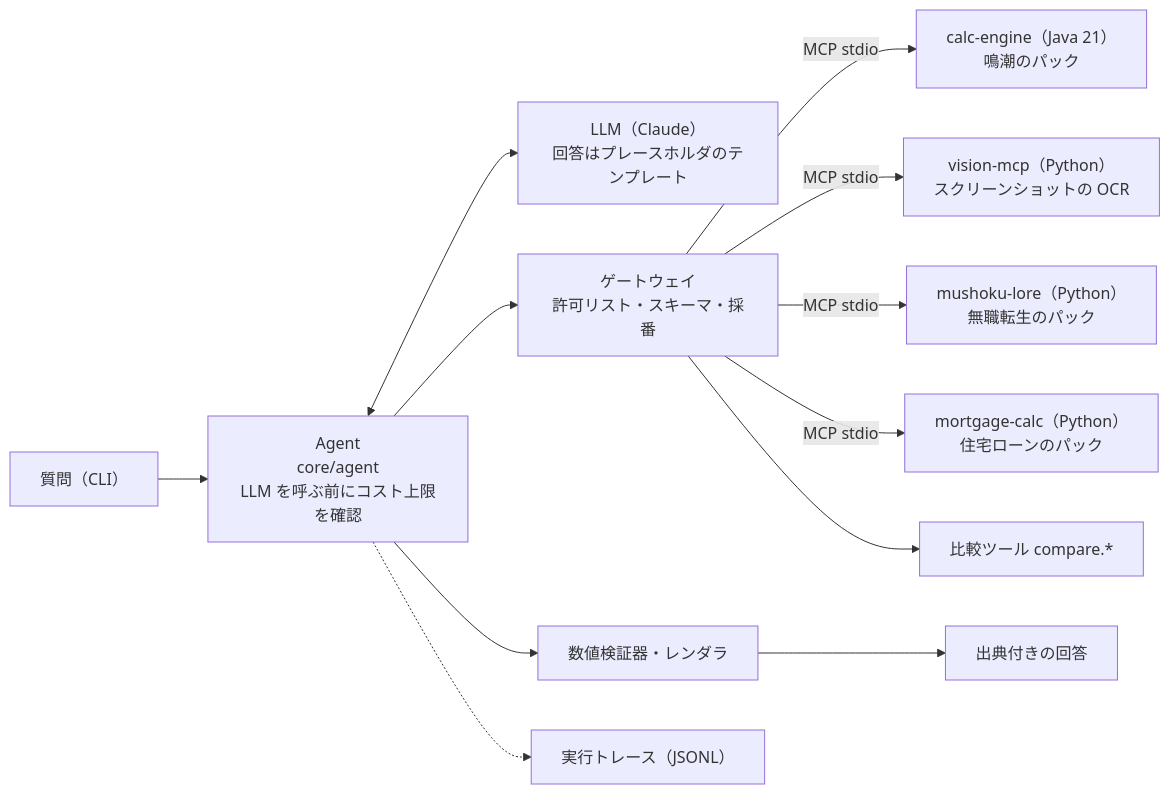
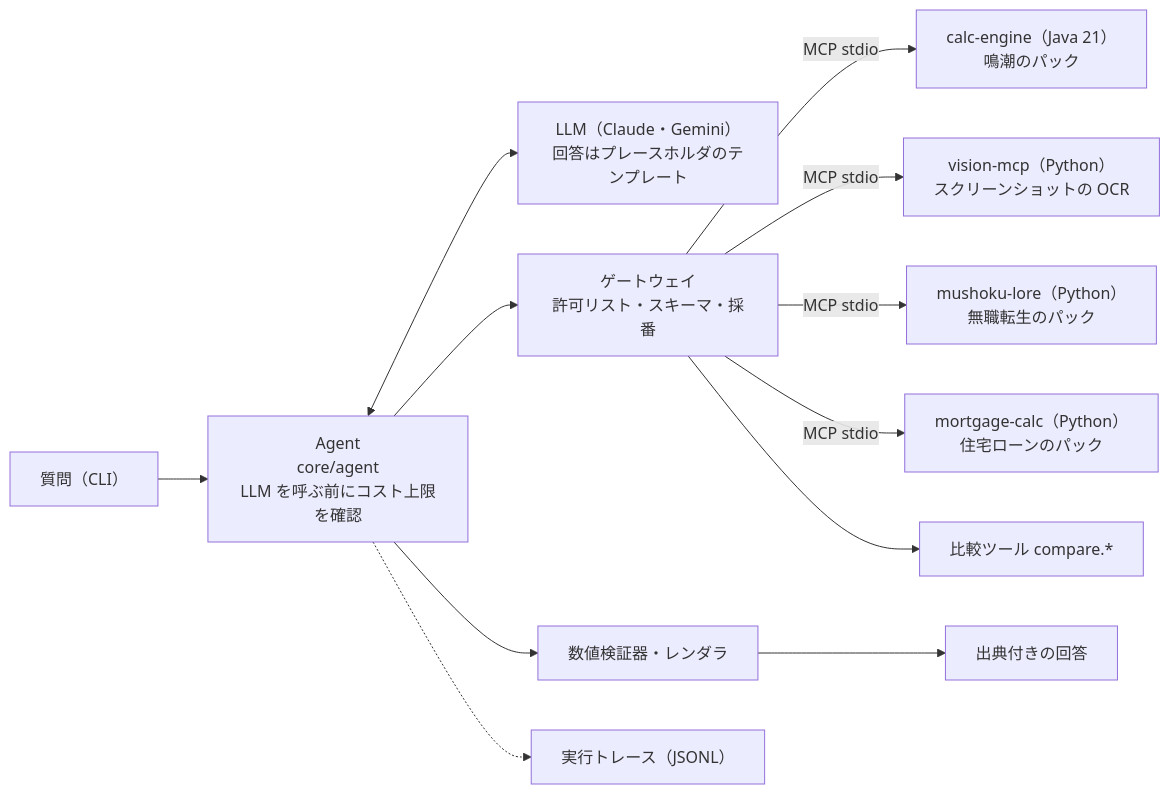
One commit to hexinlong9981/echolab changed the diagram in README.md. Above: the diagram before and after it, drawn with Mermaid. The commit also changed other lines of this file and 14 other files, not shown here.

````diff
--- a/README.md
+++ b/README.md
@@ -43,14 +43,14 @@
 ```mermaid
 flowchart LR
   Q["質問（CLI）"] --> A["Agent<br/>core/agent<br/>LLM を呼ぶ前にコスト上限を確認"]
-  A <--> L["LLM（Claude）<br/>回答はプレースホルダのテンプレート"]
+  A <--> L["LLM（Claude・Gemini）<br/>回答はプレースホルダのテンプレート"]
   A --> G["ゲートウェイ<br/>許可リスト・スキーマ・採番"]
   G -->|MCP stdio| J["calc-engine（Java 21）<br/>鳴潮のパック"]
   G -->|MCP stdio| O["vision-mcp（Python）<br/>スクリーンショットの OCR"]
   G -->|MCP stdio| N["mushoku-lore（Python）<br/>無職転生のパック"]
   G -->|MCP stdio| M["mortgage-calc（Python）<br/>住宅ローンのパック"]
   G --> K["比較ツール compare.*"]
   A --> V["数値検証器・レンダラ"]
   V --> R["出典付きの回答"]
   A -.-> T["実行トレース（JSONL）"]
 ```
````
